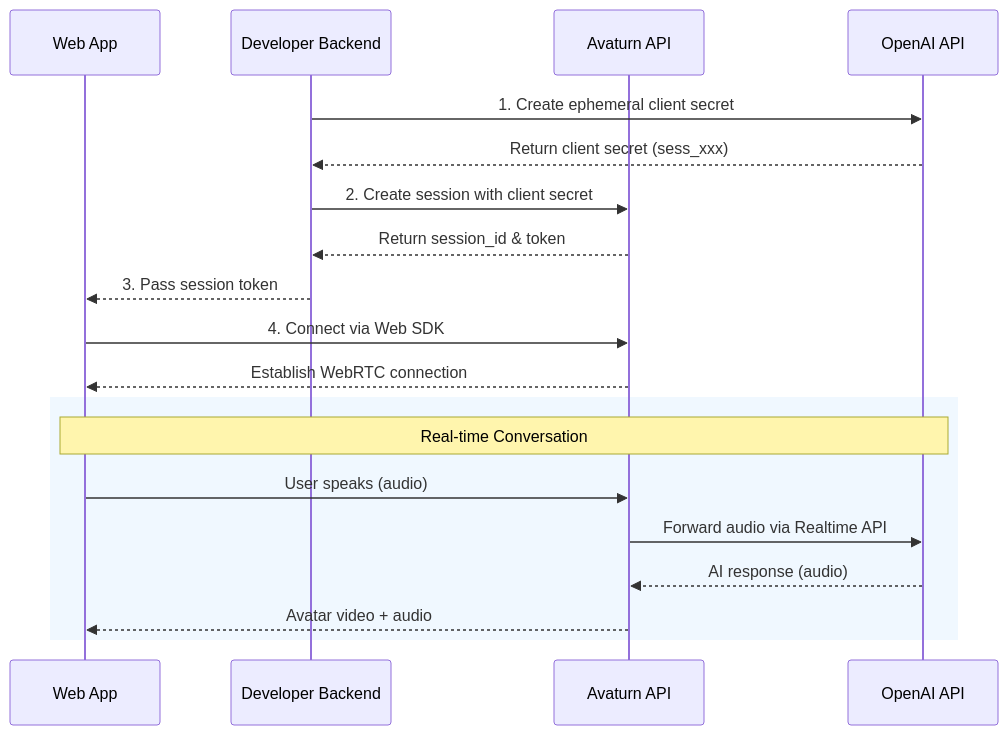
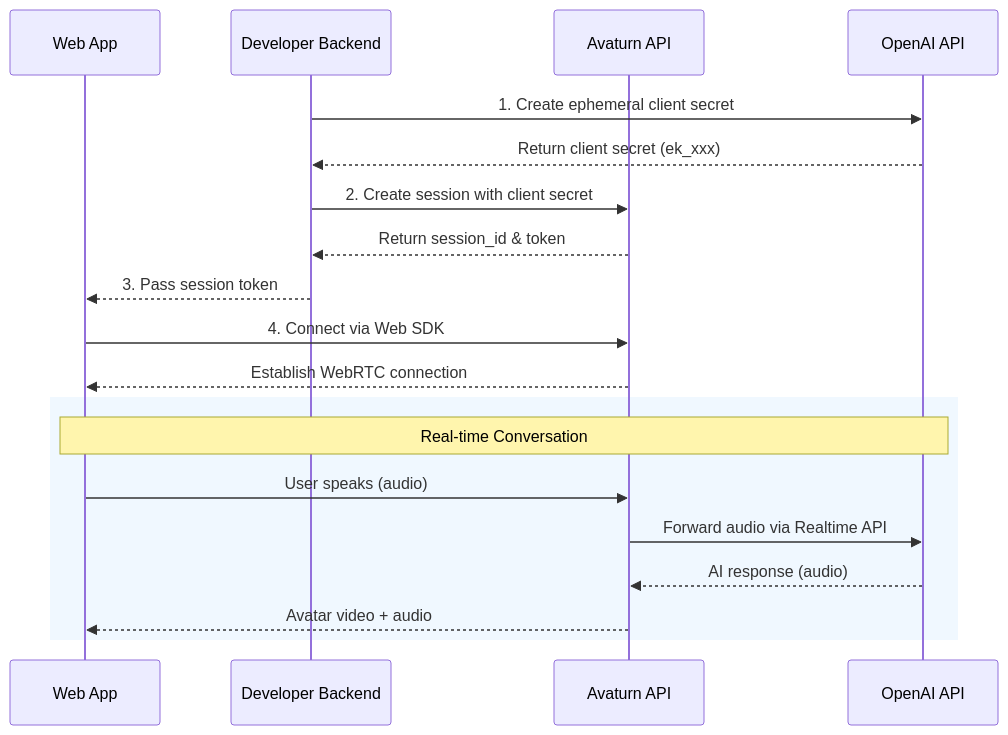
One commit to avaturn/live-docs changed the diagram in howtos/openai_realtime_api.mdx. Above: the diagram before and after it, drawn with Mermaid. The commit also changed other lines of this file, not shown here.

````diff
--- a/howtos/openai_realtime_api.mdx
+++ b/howtos/openai_realtime_api.mdx
@@ -53,26 +53,26 @@
 ```mermaid
 sequenceDiagram
     participant WebApp as Web App
     participant DevBackend as Developer Backend
     participant AvaturnAPI as Avaturn API
     participant OpenAI as OpenAI API
 
     DevBackend->>OpenAI: 1. Create ephemeral client secret
-    OpenAI-->>DevBackend: Return client secret (sess_xxx)
+    OpenAI-->>DevBackend: Return client secret (ek_xxx)
 
     DevBackend->>AvaturnAPI: 2. Create session with client secret
     AvaturnAPI-->>DevBackend: Return session_id & token
 
     DevBackend-->>WebApp: 3. Pass session token
 
     WebApp->>AvaturnAPI: 4. Connect via Web SDK
     AvaturnAPI-->>WebApp: Establish WebRTC connection
 
     rect rgb(240, 248, 255)
         Note over WebApp,OpenAI: Real-time Conversation
         WebApp->>AvaturnAPI: User speaks (audio)
         AvaturnAPI->>OpenAI: Forward audio via Realtime API
         OpenAI-->>AvaturnAPI: AI response (audio)
         AvaturnAPI-->>WebApp: Avatar video + audio
     end
 ```
````
